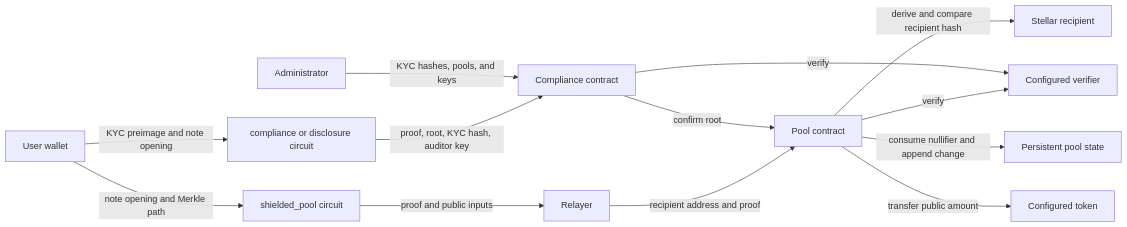
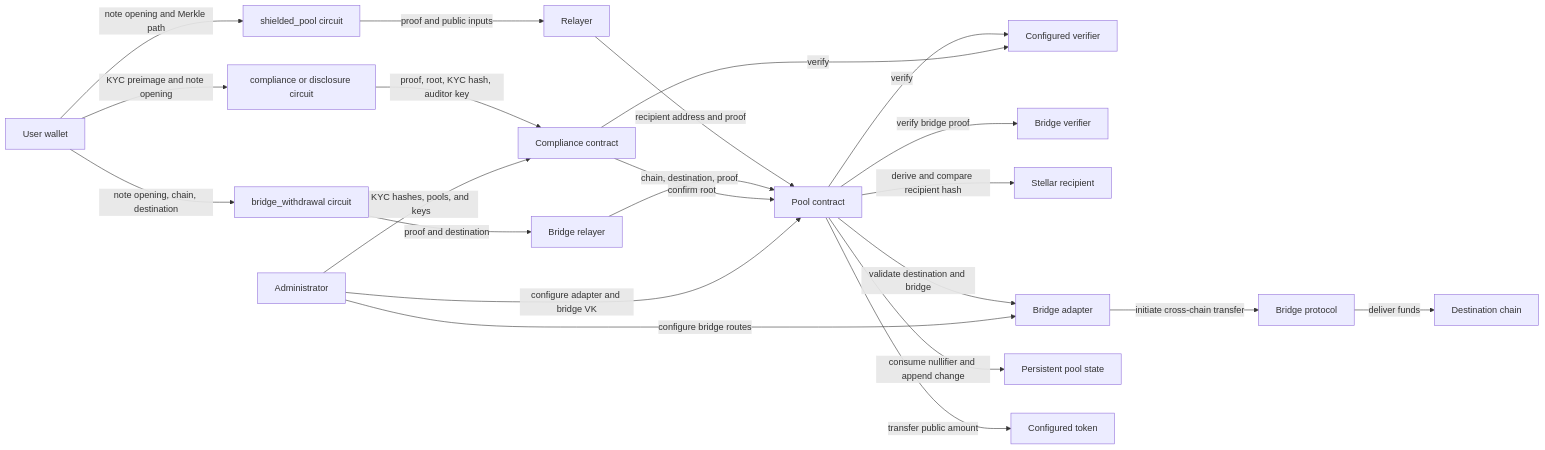
One commit to Dshield-xyz/Dshield changed the diagram in docs/THREAT_MODEL.md. Above: the diagram before and after it, drawn with Mermaid. The commit also changed other lines of this file and 16 other files, not shown here.

Commit message:
feature: bridge adapter for direct cross-chain shielded withdrawal

````diff
--- a/docs/THREAT_MODEL.md
+++ b/docs/THREAT_MODEL.md
@@ -26,15 +28,24 @@
 ```mermaid
 flowchart LR
     User[User wallet] -->|note opening and Merkle path| Spend[shielded_pool circuit]
+    User -->|note opening, chain, destination| Bridge[bridge_withdrawal circuit]
     User -->|KYC preimage and note opening| Disclosure[compliance or disclosure circuit]
     Spend -->|proof and public inputs| Relayer[Relayer]
+    Bridge -->|proof and destination| BridgeRelayer[Bridge relayer]
     Relayer -->|recipient address and proof| Pool[Pool contract]
+    BridgeRelayer -->|chain, destination, proof| Pool
     Pool -->|verify| Verifier[Configured verifier]
+    Pool -->|verify bridge proof| BridgeVerifier[Bridge verifier]
     Pool -->|derive and compare recipient hash| Recipient[Stellar recipient]
+    Pool -->|validate destination and bridge| Adapter[Bridge adapter]
+    Adapter -->|initiate cross-chain transfer| BridgeProtocol[Bridge protocol]
+    BridgeProtocol -->|deliver funds| DestChain[Destination chain]
     Pool -->|consume nullifier and append change| State[Persistent pool state]
     Pool -->|transfer public amount| Token[Configured token]
     Disclosure -->|proof, root, KYC hash, auditor key| Registry[Compliance contract]
     Registry -->|confirm root| Pool
     Registry -->|verify| Verifier
     Admin[Administrator] -->|KYC hashes, pools, and keys| Registry
+    Admin -->|configure adapter and bridge VK| Pool
+    Admin -->|configure bridge routes| Adapter
 ```
````
